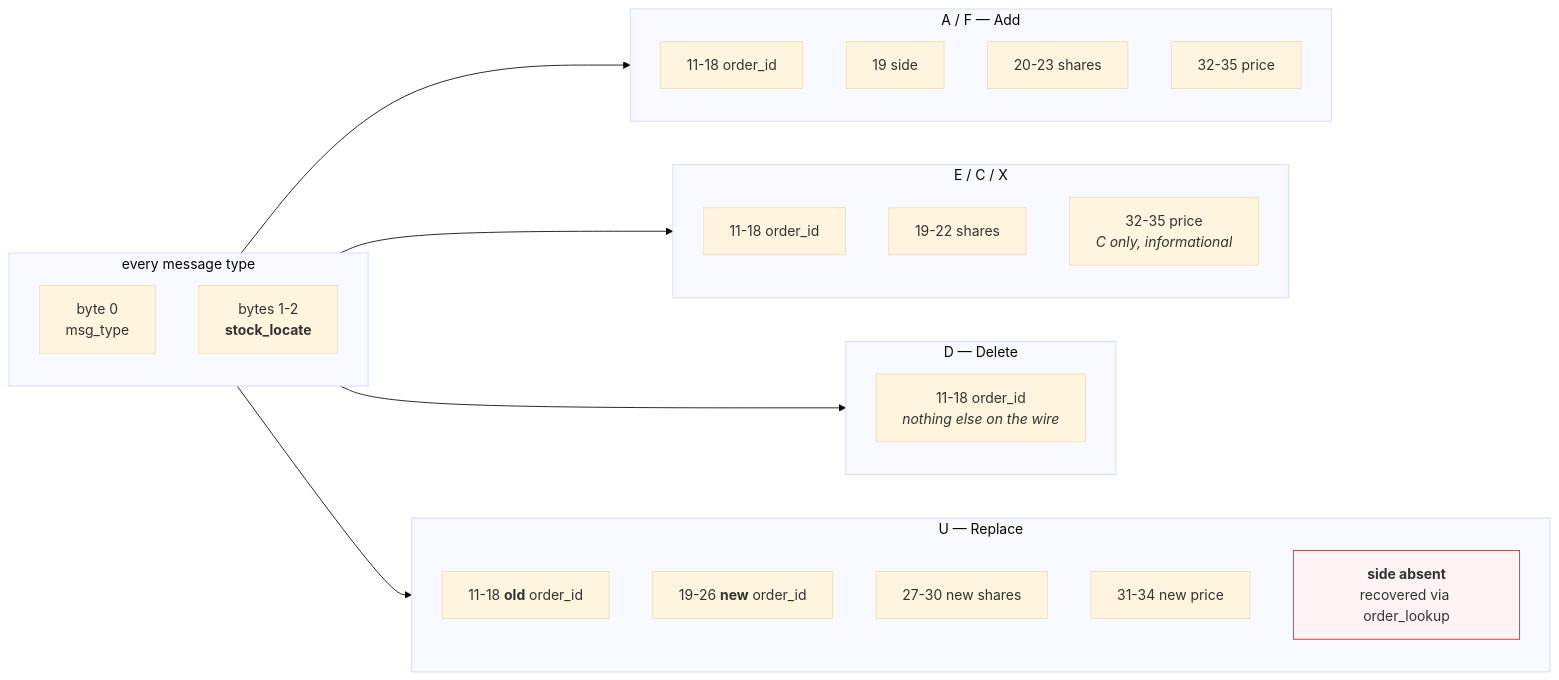
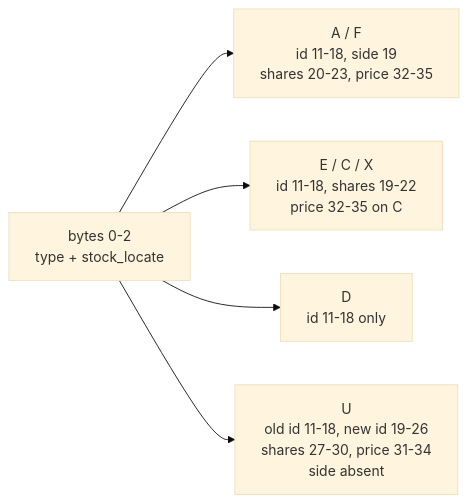
One commit to Rushmello369/fpga-feed-handler changed the third of 3 diagrams in docs/diagrams/itch_parser.md. Above: the diagram before and after it, drawn with Mermaid (base theme). The commit also changed other lines of this file and 12 other files, not shown here.

Commit message:
add diagrams for system and module architectures

````diff
--- a/docs/diagrams/itch_parser.md
+++ b/docs/diagrams/itch_parser.md
@@ -81,40 +54,8 @@
 ```mermaid
 flowchart LR
-    subgraph COMMON["every message type"]
-        B0["byte 0<br/>msg_type"]
-        B12["bytes 1-2<br/><b>stock_locate</b>"]
-    end
-
-    subgraph AF["A / F — Add"]
-        AF1["11-18 order_id"]
-        AF2["19 side"]
-        AF3["20-23 shares"]
-        AF4["32-35 price"]
-    end
-
-    subgraph ECX["E / C / X"]
-        E1["11-18 order_id"]
-        E2["19-22 shares"]
-        E3["32-35 price<br/><i>C only, informational</i>"]
-    end
-
-    subgraph D["D — Delete"]
-        D1["11-18 order_id<br/><i>nothing else on the wire</i>"]
-    end
-
-    subgraph U["U — Replace"]
-        U1["11-18 <b>old</b> order_id"]
-        U2["19-26 <b>new</b> order_id"]
-        U3["27-30 new shares"]
-        U4["31-34 new price"]
-        U5["<b>side absent</b><br/>recovered via order_lookup"]
-    end
-
-    COMMON --> AF
-    COMMON --> ECX
-    COMMON --> D
-    COMMON --> U
-
-    classDef warn fill:#fef2f2,stroke:#dc2626
-    class U5 warn
+    COMMON[bytes 0-2<br/>type + stock_locate]
+    COMMON --> AF[A / F<br/>id 11-18, side 19<br/>shares 20-23, price 32-35]
+    COMMON --> ECX[E / C / X<br/>id 11-18, shares 19-22<br/>price 32-35 on C]
+    COMMON --> D[D<br/>id 11-18 only]
+    COMMON --> U[U<br/>old id 11-18, new id 19-26<br/>shares 27-30, price 31-34<br/>side absent]
 ```
````
